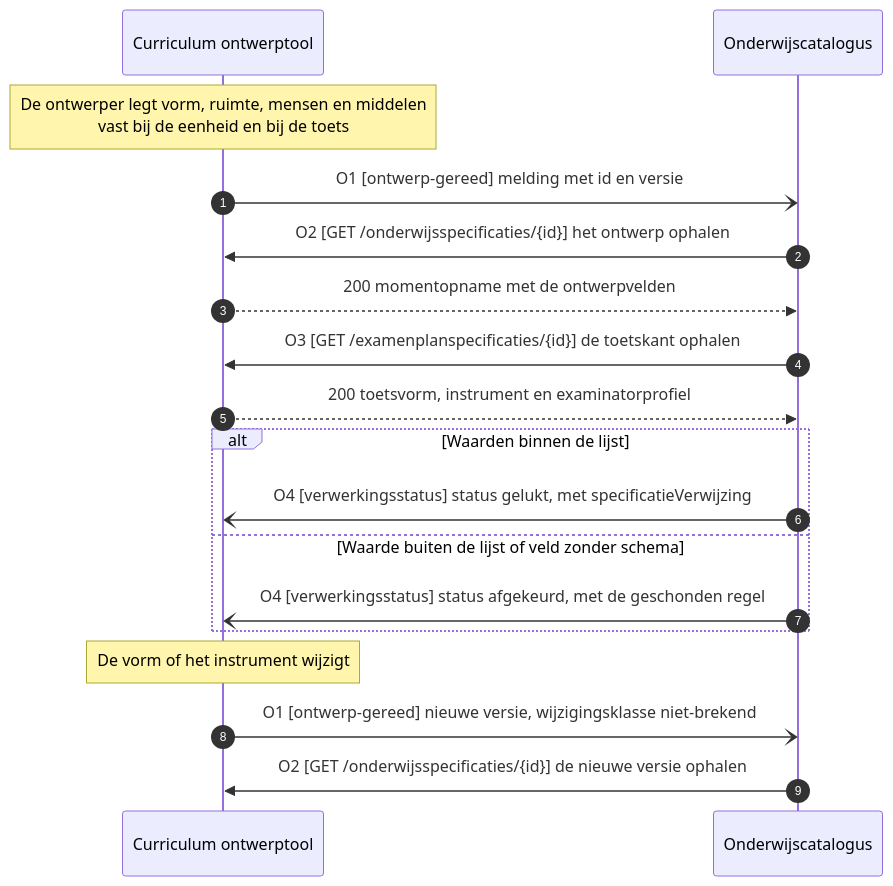
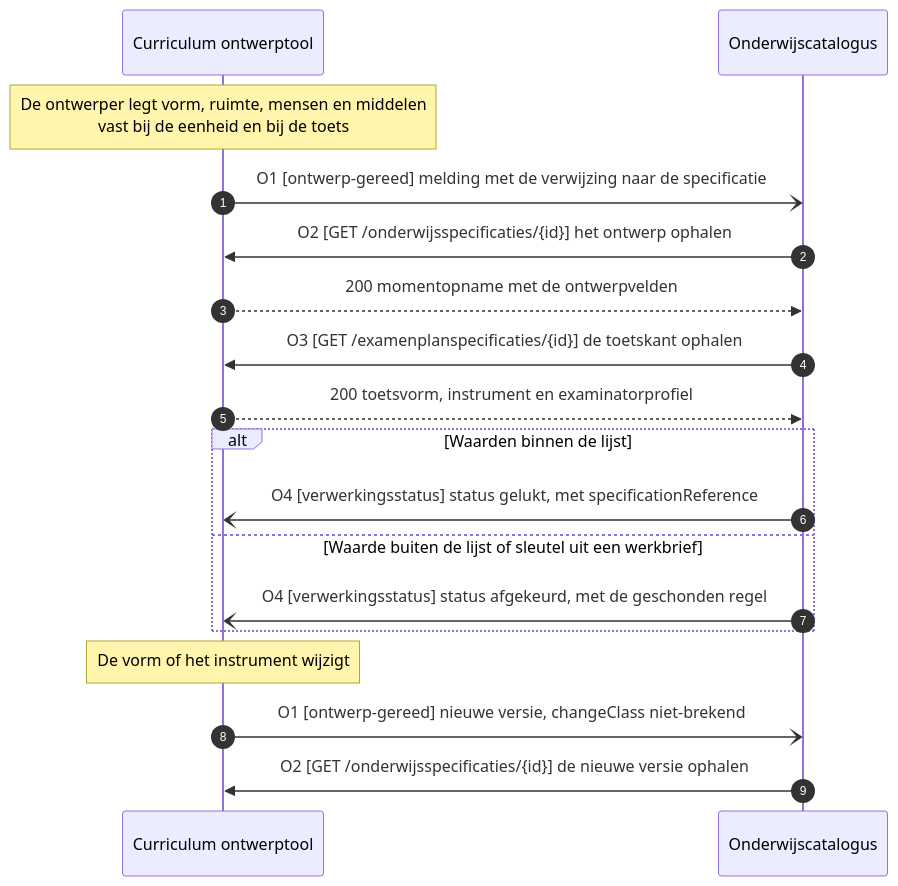
Before and after one commit to Npuls-OKx/meta: the diagram in architecture/docs/specificatie/interactie-onderwijsaanbod/stroom-is-oa-02.md, drawn with Mermaid. The commit also changed other lines of this file and 6 other files, not shown here.

````diff
--- a/architecture/docs/specificatie/interactie-onderwijsaanbod/stroom-is-oa-02.md
+++ b/architecture/docs/specificatie/interactie-onderwijsaanbod/stroom-is-oa-02.md
@@ -23,21 +24,21 @@
 ```mermaid
 sequenceDiagram
     autonumber
     participant CO as Curriculum ontwerptool
     participant OC as Onderwijscatalogus
 
     Note over CO: De ontwerper legt vorm, ruimte, mensen en middelen<br/>vast bij de eenheid en bij de toets
-    CO-)OC: O1 [ontwerp-gereed] melding met id en versie
+    CO-)OC: O1 [ontwerp-gereed] melding met de verwijzing naar de specificatie
     OC->>CO: O2 [GET /onderwijsspecificaties/{id}] het ontwerp ophalen
     CO-->>OC: 200 momentopname met de ontwerpvelden
     OC->>CO: O3 [GET /examenplanspecificaties/{id}] de toetskant ophalen
     CO-->>OC: 200 toetsvorm, instrument en examinatorprofiel
     alt Waarden binnen de lijst
-        OC-)CO: O4 [verwerkingsstatus] status gelukt, met specificatieVerwijzing
-    else Waarde buiten de lijst of veld zonder schema
+        OC-)CO: O4 [verwerkingsstatus] status gelukt, met specificationReference
+    else Waarde buiten de lijst of sleutel uit een werkbrief
         OC-)CO: O4 [verwerkingsstatus] status afgekeurd, met de geschonden regel
     end
     Note over CO: De vorm of het instrument wijzigt
-    CO-)OC: O1 [ontwerp-gereed] nieuwe versie, wijzigingsklasse niet-brekend
+    CO-)OC: O1 [ontwerp-gereed] nieuwe versie, changeClass niet-brekend
     OC->>CO: O2 [GET /onderwijsspecificaties/{id}] de nieuwe versie ophalen
 ```
````
